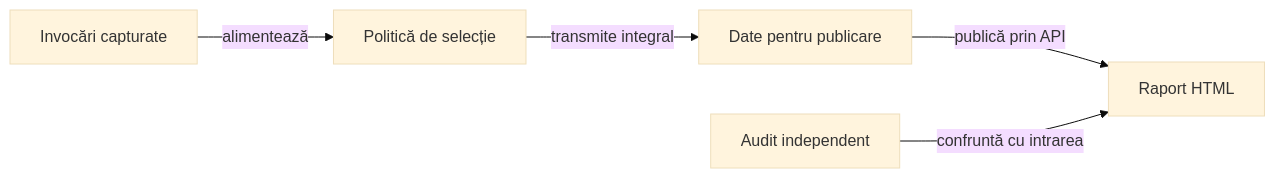
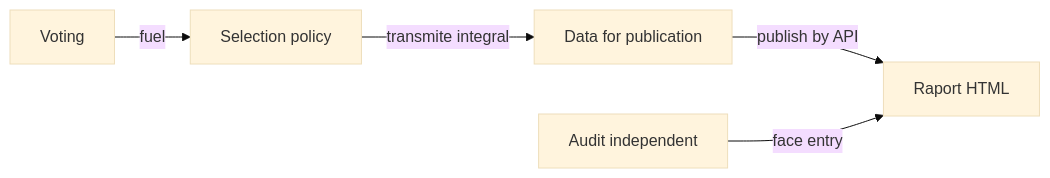
Before and after one commit to crististefanita/atf_j4: the diagram in atf-tests/README.md, drawn with Mermaid (base theme). The commit also changed other lines of this file and 122 other files, not shown here.

````diff
--- a/atf-tests/README.md
+++ b/atf-tests/README.md
@@ -11,7 +11,7 @@
 ```mermaid
 flowchart LR
-    INPUT[Invocări capturate] -->|alimentează| POLICY[Politică de selecție]
-    POLICY -->|transmite integral| DATA[Date pentru publicare]
-    DATA -->|publică prin API| HTML[Raport HTML]
-    AUDIT[Audit independent] -->|confruntă cu intrarea| HTML
+    INPUT[Voting] -->|fuel| POLICY[Selection policy]
+    POLICY -->|transmite integral| DATA[Data for publication]
+    DATA -->|publish by API| HTML[Raport HTML]
+    AUDIT[Audit independent] -->|face entry| HTML
 ```
````
